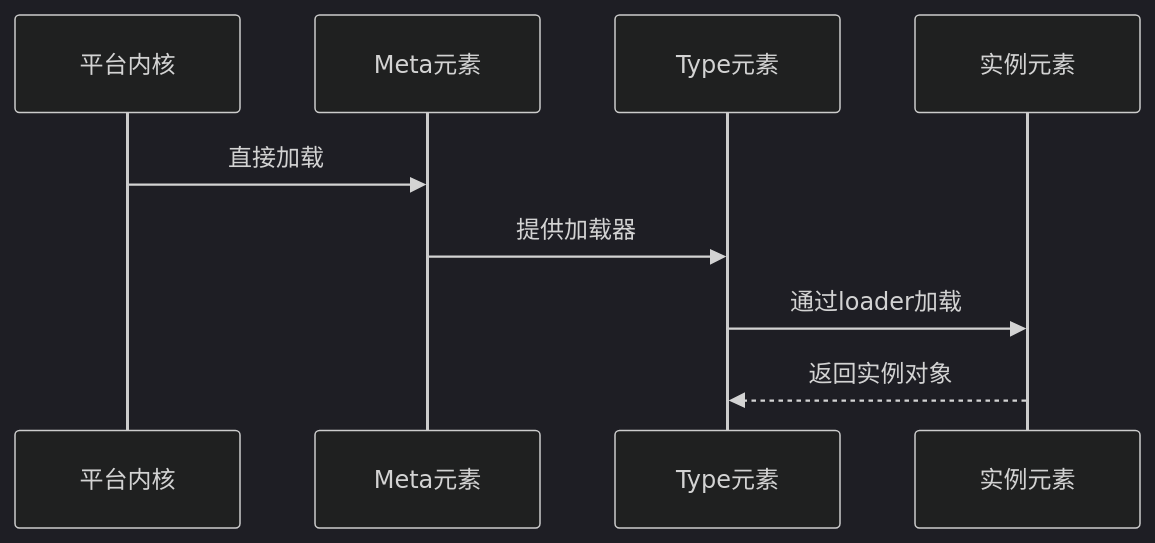
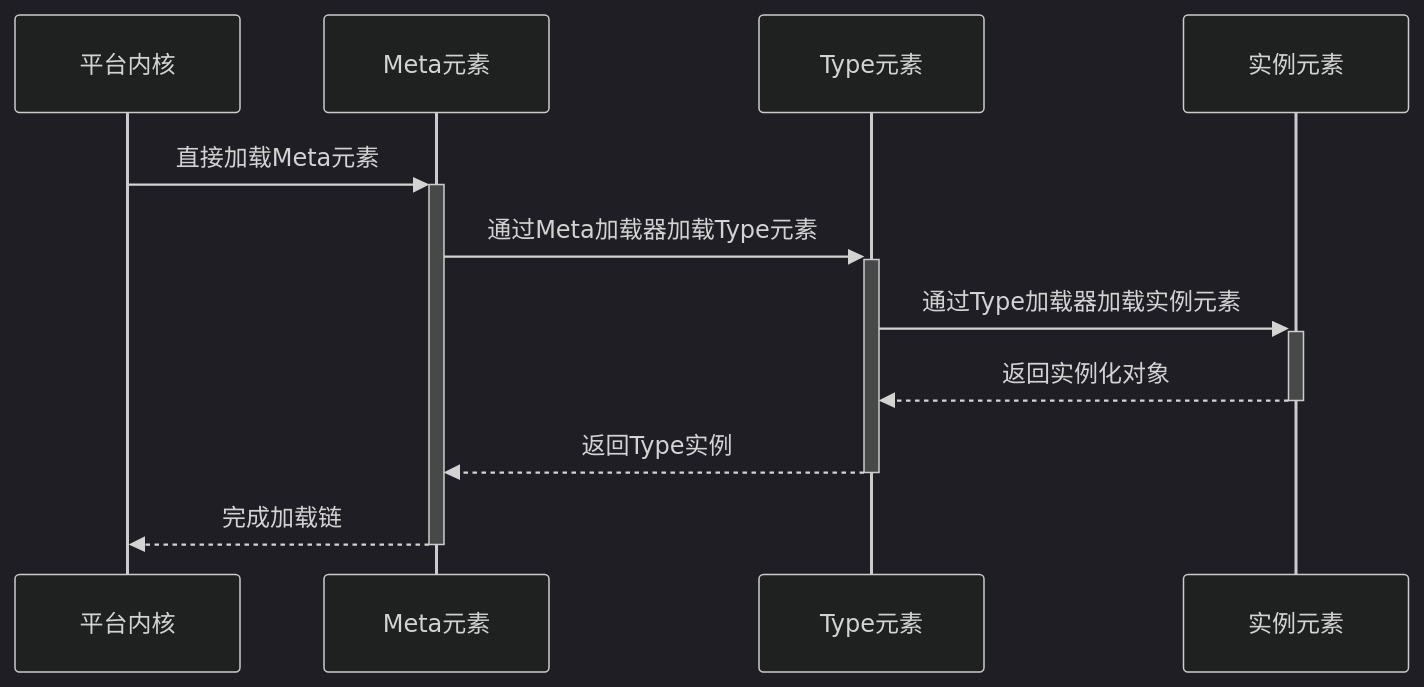
One commit to jitai-team/jitai-docs changed the second of 2 diagrams in docs/tutorial/01概述/01JAAP.md. Above: the diagram before and after it, drawn with Mermaid (dark theme). The commit also changed other lines of this file and 6 other files, not shown here.

````diff
--- a/docs/tutorial/01概述/01JAAP.md
+++ b/docs/tutorial/01概述/01JAAP.md
@@ -216,12 +196,14 @@
-```mermaid title="元素加载流程示意图"
+```mermaid title="元素加载流程"
 sequenceDiagram
-    participant Core as 平台内核
-    participant Meta as Meta元素
-    participant Type as Type元素
-    participant Instance as 实例元素
+    participant P as 平台内核
+    participant M as Meta元素  
+    participant T as Type元素
+    participant I as 实例元素
     
-    Core->>Meta: 直接加载
-    Meta->>Type: 提供加载器
-    Type->>Instance: 通过loader加载
-    Instance-->>Type: 返回实例对象
+    P->>+M: 直接加载Meta元素
+    M->>+T: 通过Meta加载器加载Type元素
+    T->>+I: 通过Type加载器加载实例元素
+    I-->>-T: 返回实例化对象
+    T-->>-M: 返回Type实例
+    M-->>-P: 完成加载链
 ```
````
